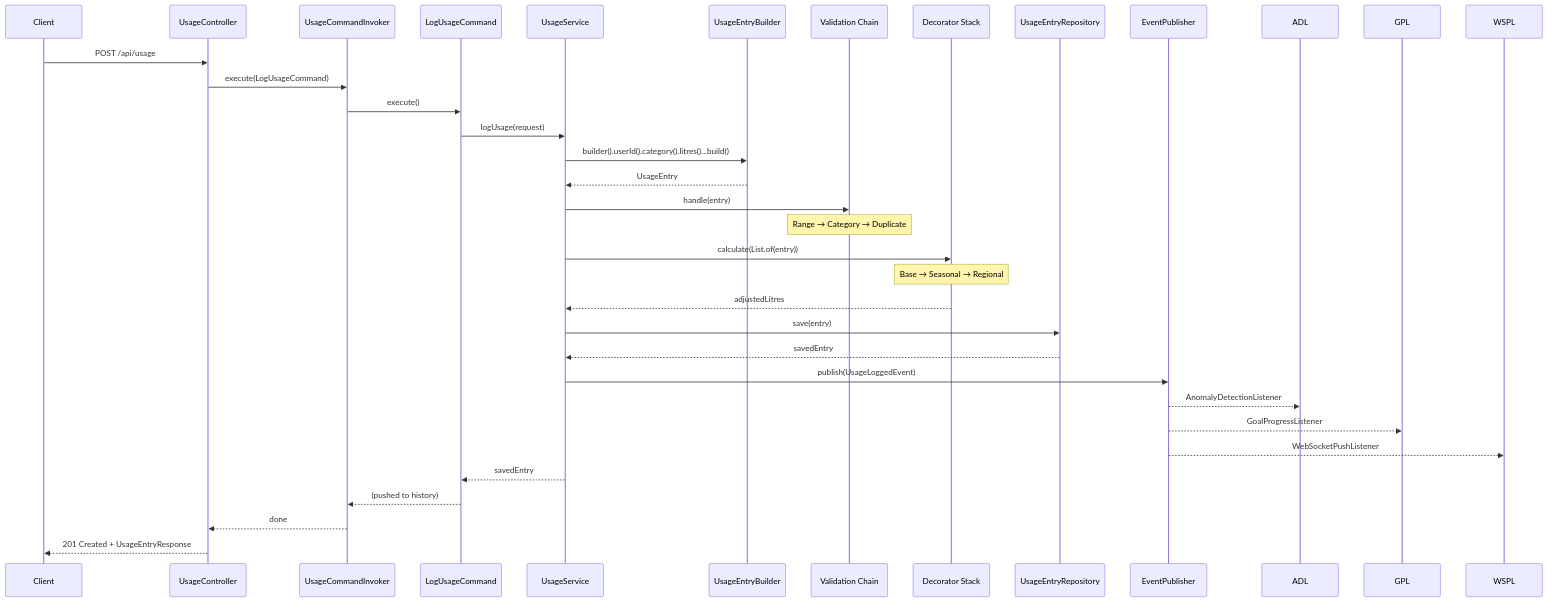
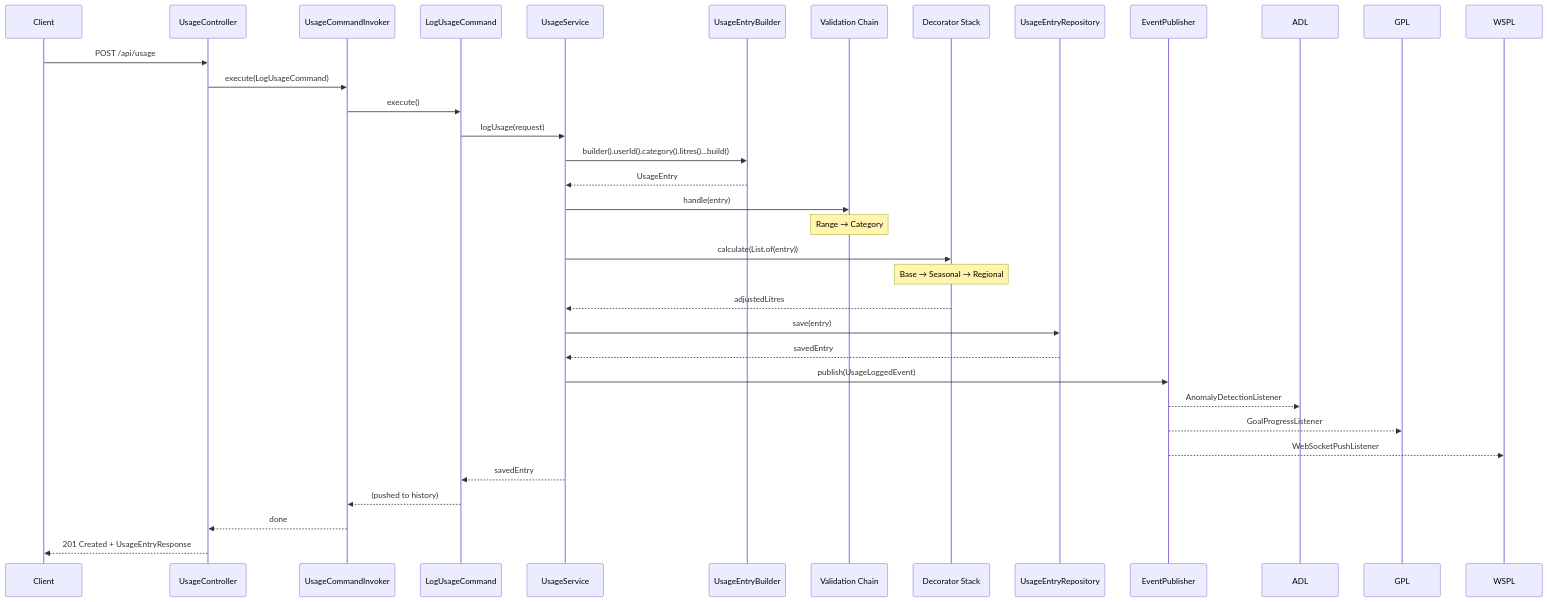
Before and after one commit to ced-kwong29/design-patterns: diagram 31 of 33 in README.md, drawn with Mermaid. The commit also changed other lines of this file and 1 other file, not shown here.

````diff
--- a/README.md
+++ b/README.md
@@ -987,42 +1025,42 @@
 ```mermaid
 sequenceDiagram
     participant Client
     participant UsageController
     participant Invoker as UsageCommandInvoker
     participant Command as LogUsageCommand
     participant UsageService
     participant Builder as UsageEntryBuilder
     participant Chain as Validation Chain
     participant Decorator as Decorator Stack
     participant Repo as UsageEntryRepository
     participant Publisher as EventPublisher
 
     Client->>UsageController: POST /api/usage
     UsageController->>Invoker: execute(LogUsageCommand)
     Invoker->>Command: execute()
     Command->>UsageService: logUsage(request)
 
     UsageService->>Builder: builder().userId().category().litres()...build()
     Builder-->>UsageService: UsageEntry
 
     UsageService->>Chain: handle(entry)
-    Note over Chain: Range → Category → Duplicate
+    Note over Chain: Range → Category
 
     UsageService->>Decorator: calculate(List.of(entry))
     Note over Decorator: Base → Seasonal → Regional
     Decorator-->>UsageService: adjustedLitres
 
     UsageService->>Repo: save(entry)
     Repo-->>UsageService: savedEntry
 
     UsageService->>Publisher: publish(UsageLoggedEvent)
 
     Publisher-->>ADL: AnomalyDetectionListener
     Publisher-->>GPL: GoalProgressListener
     Publisher-->>WSPL: WebSocketPushListener
 
     UsageService-->>Command: savedEntry
     Command-->>Invoker: (pushed to history)
     Invoker-->>UsageController: done
     UsageController-->>Client: 201 Created + UsageEntryResponse
 ```
````
